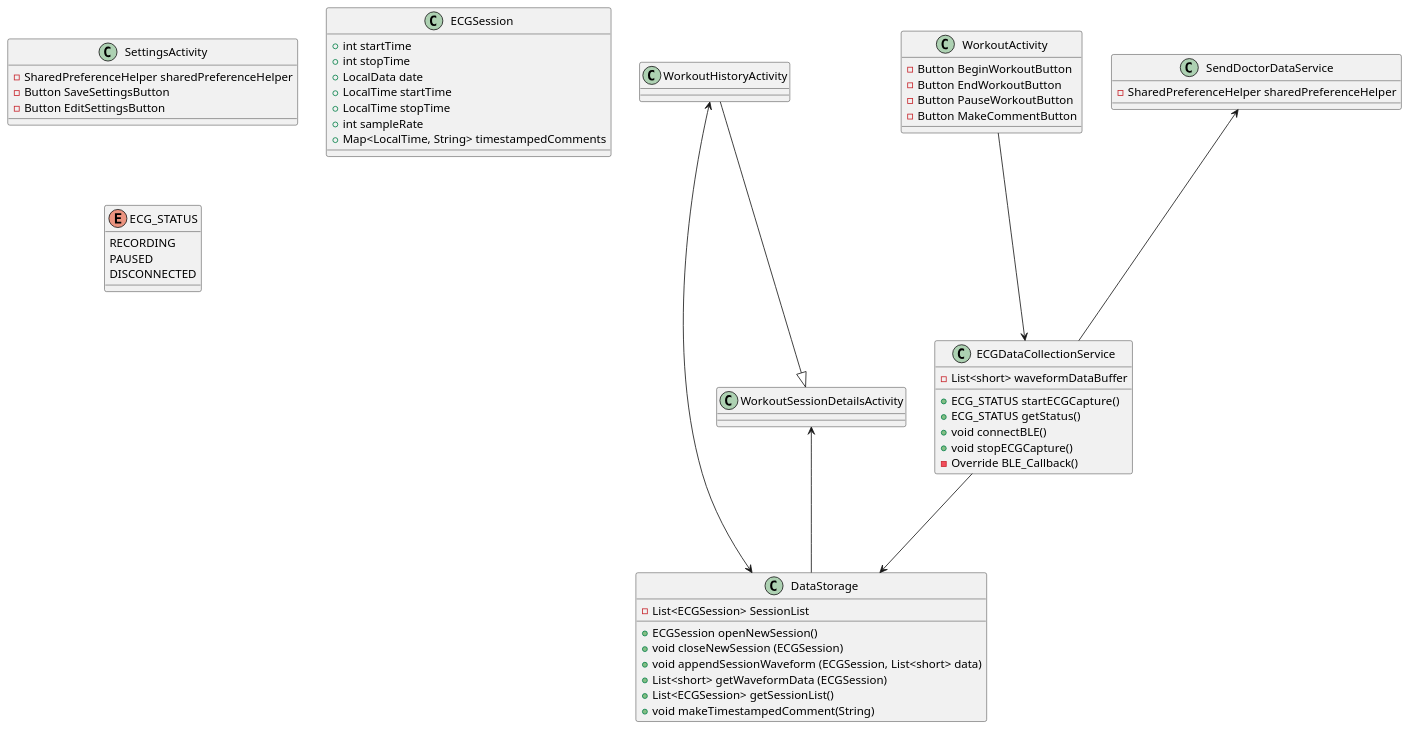
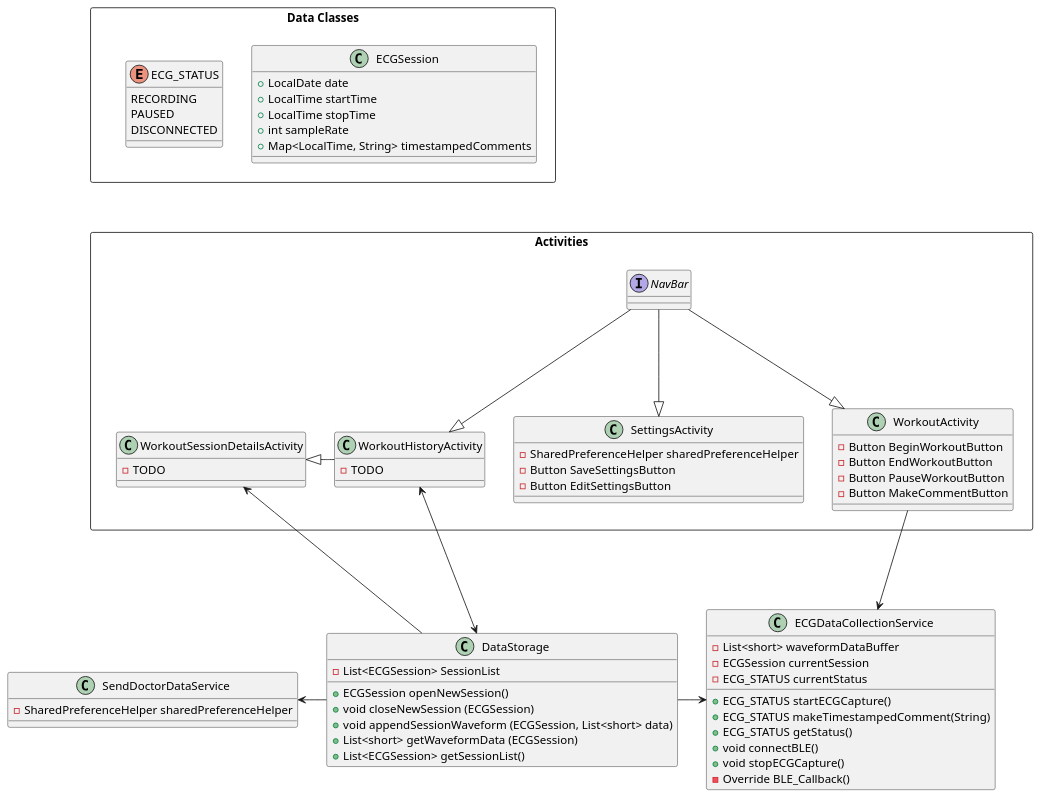
One commit to Jamie-uni/ECG-ELEC390 changed the diagram in app/src/main/java/com/elec390/teamb/ecg/Class_UML.puml. Above: the diagram before and after it, drawn with PlantUML. The commit also changed 2 other files, not shown here.

Commit message:
UML Updated

```diff
--- a/app/src/main/java/com/elec390/teamb/ecg/Class_UML.puml
+++ b/app/src/main/java/com/elec390/teamb/ecg/Class_UML.puml
@@ -1,70 +1,82 @@
 @startuml
+package "Activities" <<rectangle>>  {
+    class WorkoutActivity{
+        -Button BeginWorkoutButton
+        -Button EndWorkoutButton
+        -Button PauseWorkoutButton
+        -Button MakeCommentButton
 
-class WorkoutActivity{
-    -Button BeginWorkoutButton
-    -Button EndWorkoutButton
-    -Button PauseWorkoutButton
-    -Button MakeCommentButton
+    }
+
+    class WorkoutHistoryActivity{
+        -TODO
+    }
+    class WorkoutSessionDetailsActivity{
+        -TODO
+    }
+    class SettingsActivity{
+        - SharedPreferenceHelper sharedPreferenceHelper
+        - Button SaveSettingsButton
+        - Button EditSettingsButton
+
+    }
+    interface NavBar
 }
 
-class WorkoutHistoryActivity{
+together {
+    class ECGDataCollectionService{
+        + ECG_STATUS startECGCapture()
+        + ECG_STATUS makeTimestampedComment(String)
+        + ECG_STATUS getStatus()
+        + void connectBLE()
+        + void stopECGCapture()
+        - Override BLE_Callback()
+        - List<short> waveformDataBuffer
+        - ECGSession currentSession
+        - ECG_STATUS currentStatus
+    }
 
+    class DataStorage{
+        + ECGSession openNewSession()
+        + void closeNewSession (ECGSession)
+        + void appendSessionWaveform (ECGSession, List<short> data)
+        + List<short> getWaveformData (ECGSession)
+        + List<ECGSession> getSessionList()
+
+        - List<ECGSession> SessionList
+    }
+
+
+
+    class SendDoctorDataService{
+        - SharedPreferenceHelper sharedPreferenceHelper
+    }
 }
-class WorkoutSessionDetailsActivity{
+package "Data Classes" <<rectangle>>{
+    class ECGSession{
+        + LocalDate date
+        + LocalTime startTime
+        + LocalTime stopTime
+        + int sampleRate
+        + Map<LocalTime, String> timestampedComments
+    }
 
+    Enum ECG_STATUS {
+        RECORDING
+        PAUSED
+        DISCONNECTED
+    }
 }
-
-class ECGDataCollectionService{
-    + ECG_STATUS startECGCapture()
-    + ECG_STATUS getStatus()
-    + void connectBLE()
-    + void stopECGCapture()
-    - Override BLE_Callback()
-    - List<short> waveformDataBuffer
-}
-
-class DataStorage{
-    + ECGSession openNewSession()
-    + void closeNewSession (ECGSession)
-    + void appendSessionWaveform (ECGSession, List<short> data)
-    + List<short> getWaveformData (ECGSession)
-    + List<ECGSession> getSessionList()
-    + void makeTimestampedComment(String)
-    - List<ECGSession> SessionList
-}
-
-class SettingsActivity{
-    - SharedPreferenceHelper sharedPreferenceHelper
-    - Button SaveSettingsButton
-    - Button EditSettingsButton
-
-}
-
-class SendDoctorDataService{
-    - SharedPreferenceHelper sharedPreferenceHelper
-}
-
-class ECGSession{
-    + int startTime
-    + int stopTime
-    + LocalData date
-    + LocalTime startTime
-    + LocalTime stopTime
-    + int sampleRate
-    + Map<LocalTime, String> timestampedComments
-}
-
-Enum ECG_STATUS {
-    RECORDING
-    PAUSED
-    DISCONNECTED
-}
-
-WorkoutHistoryActivity ---|> WorkoutSessionDetailsActivity
+NavBar ---|> WorkoutHistoryActivity
+NavBar ---|> WorkoutActivity
+NavBar ---|> SettingsActivity
+"Data Classes" -[hidden]-- Activities
+SettingsActivity -[hidden]-- DataStorage
+WorkoutHistoryActivity -|> WorkoutSessionDetailsActivity
 WorkoutActivity ---> ECGDataCollectionService
-SendDoctorDataService <--- ECGDataCollectionService
-ECGDataCollectionService ---> DataStorage
+SendDoctorDataService <- DataStorage
+DataStorage ->  ECGDataCollectionService
 WorkoutHistoryActivity <---> DataStorage
 WorkoutSessionDetailsActivity <--- DataStorage
 
 @enduml
```
